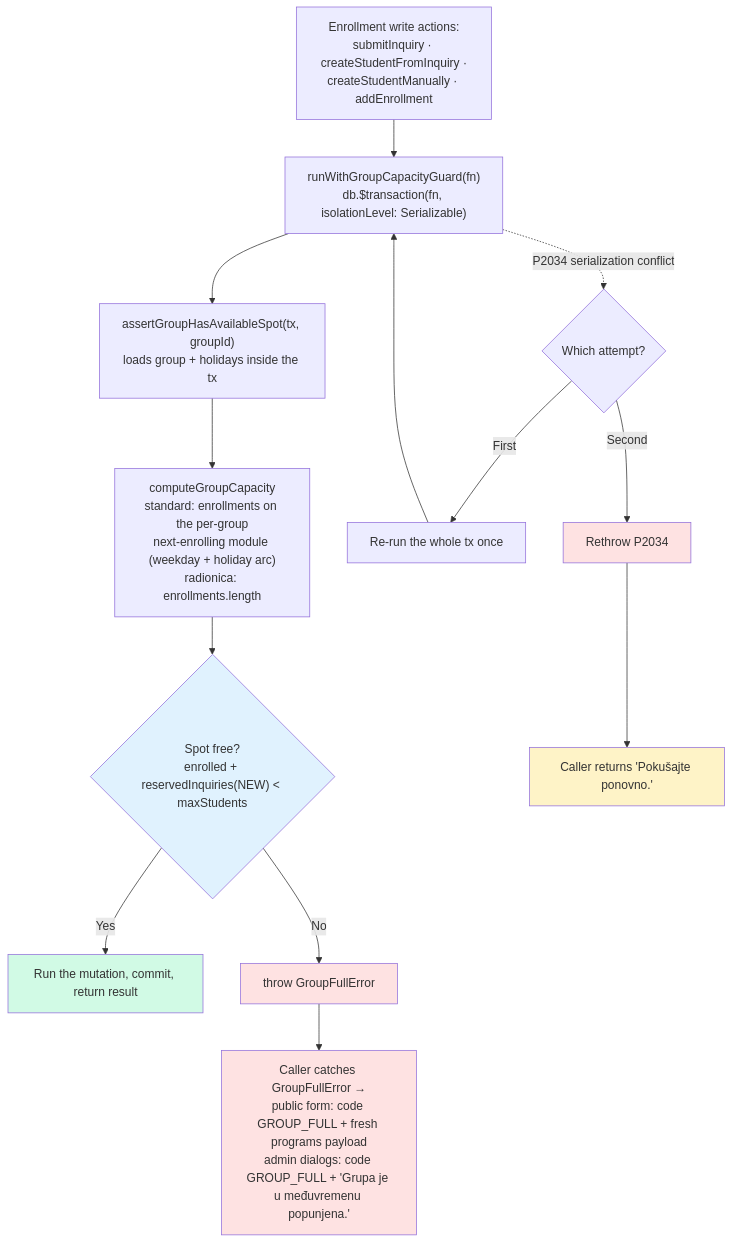
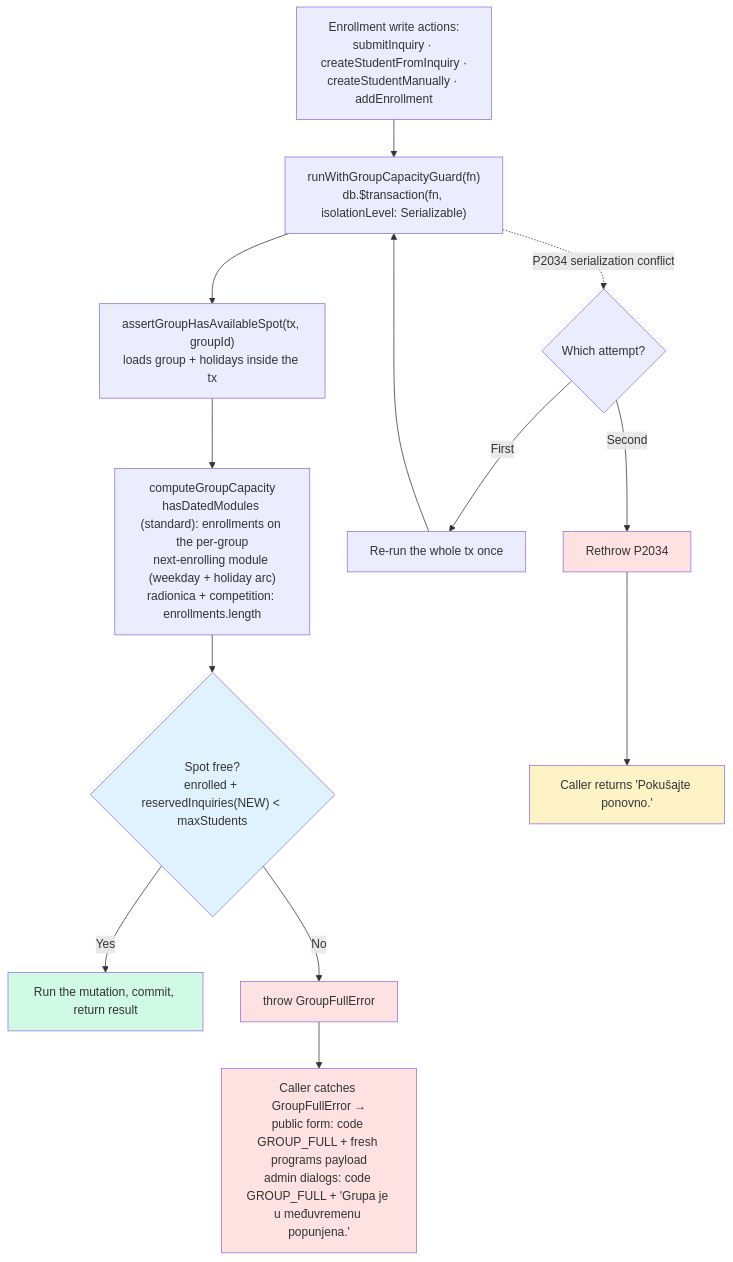
Before and after one commit to jpucic00/inovatic: the fifth of 15 diagrams in docs/diagrams/enrollment-rules.md, drawn with Mermaid. The commit also changed other lines of this file and 7 other files, not shown here.

````diff
--- a/docs/diagrams/enrollment-rules.md
+++ b/docs/diagrams/enrollment-rules.md
@@ -184,26 +191,26 @@
 ```mermaid
 flowchart TD
     A["Enrollment write actions:<br/>submitInquiry · createStudentFromInquiry ·<br/>createStudentManually · addEnrollment"] --> B["runWithGroupCapacityGuard(fn)<br/>db.$transaction(fn, isolationLevel: Serializable)"]
 
     B --> C["assertGroupHasAvailableSpot(tx, groupId)<br/>loads group + holidays inside the tx"]
-    C --> D["computeGroupCapacity<br/>standard: enrollments on the per-group<br/>next-enrolling module (weekday + holiday arc)<br/>radionica: enrollments.length"]
+    C --> D["computeGroupCapacity<br/>hasDatedModules (standard): enrollments on the per-group<br/>next-enrolling module (weekday + holiday arc)<br/>radionica + competition: enrollments.length"]
     D --> E{"Spot free?<br/>enrolled + reservedInquiries(NEW) &lt; maxStudents"}
 
     E -->|Yes| F["Run the mutation, commit, return result"]
     E -->|No| G["throw GroupFullError"]
 
     B -.->|P2034 serialization conflict| H{"Which attempt?"}
     H -->|First| I["Re-run the whole tx once"]
     I --> B
     H -->|Second| K["Rethrow P2034"]
 
     G --> FULL["Caller catches GroupFullError →<br/>public form: code GROUP_FULL + fresh programs payload<br/>admin dialogs: code GROUP_FULL + 'Grupa je u međuvremenu popunjena.'"]
     K --> RETRY["Caller returns 'Pokušajte ponovno.'"]
 
     style F fill:#d1fae5
     style E fill:#e0f2fe
     style G fill:#fee2e2
     style FULL fill:#fee2e2
     style K fill:#fee2e2
     style RETRY fill:#fef3c7
 ```
````
